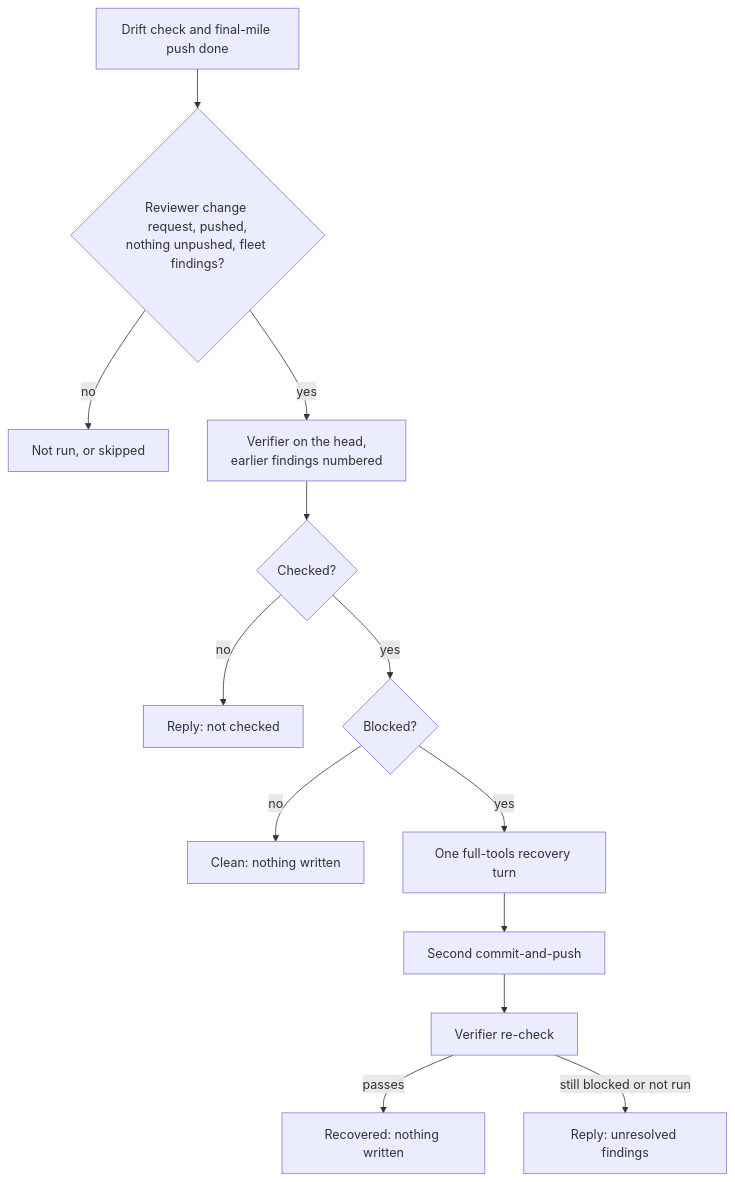
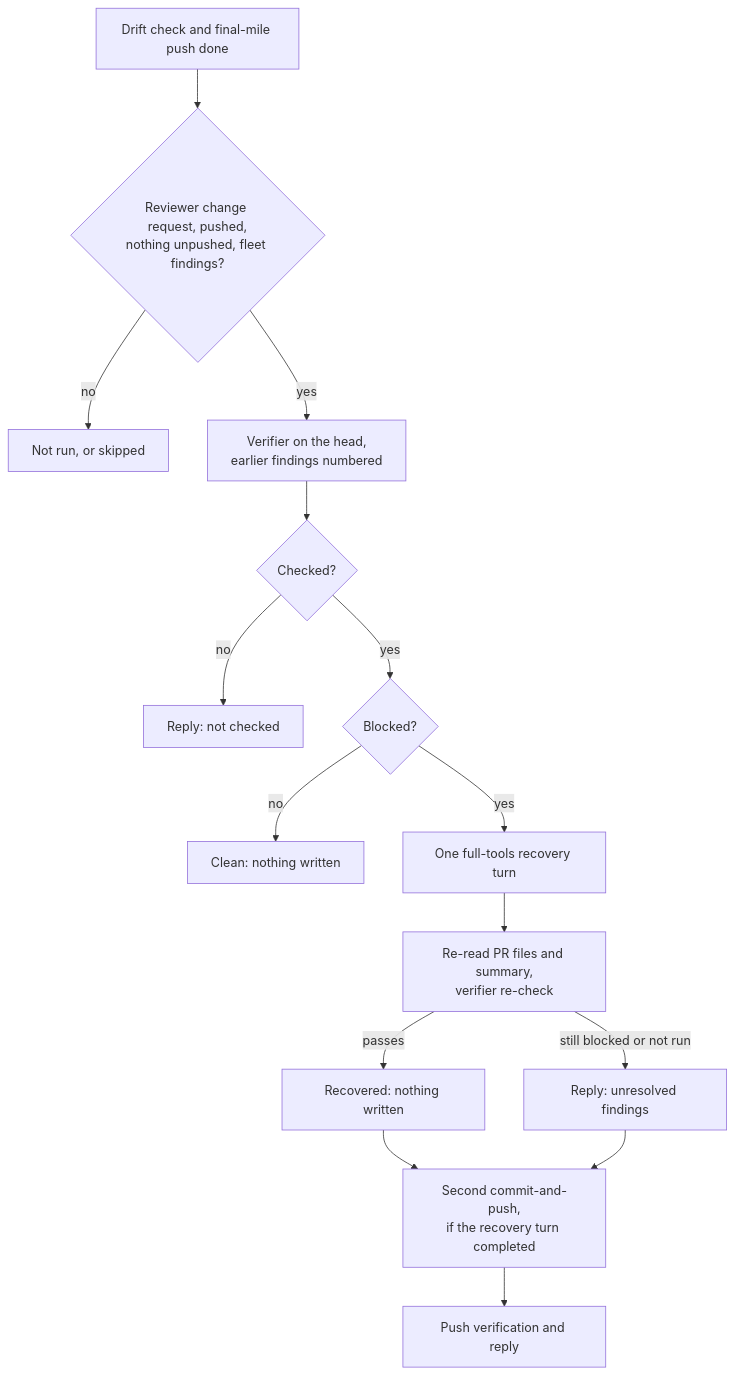
Before and after one commit to stSoftwareAU/VibeCoder: the sixth of 12 diagrams in docs/workflows/pr-feedback.md, drawn with Mermaid. The commit also changed other lines of this file and 6 other files, not shown here.

First line of the commit message:
Re-read the PR summary before the review-fix re-check; pin the wiring (Issue #3784)

````diff
--- a/docs/workflows/pr-feedback.md
+++ b/docs/workflows/pr-feedback.md
@@ -644,15 +649,17 @@
 ```mermaid
 flowchart TD
     A["Drift check and final-mile push done"] --> B{"Reviewer change request, pushed,<br/>nothing unpushed, fleet findings?"}
     B -- no --> Z["Not run, or skipped"]
     B -- yes --> C["Verifier on the head,<br/>earlier findings numbered"]
     C --> D{"Checked?"}
     D -- no --> N["Reply: not checked"]
     D -- yes --> E{"Blocked?"}
     E -- no --> K["Clean: nothing written"]
     E -- yes --> R["One full-tools recovery turn"]
-    R --> P["Second commit-and-push"]
-    P --> F["Verifier re-check"]
+    R --> F["Re-read PR files and summary,<br/>verifier re-check"]
     F -- "passes" --> Q["Recovered: nothing written"]
     F -- "still blocked or not run" --> S["Reply: unresolved findings"]
+    Q --> P["Second commit-and-push,<br/>if the recovery turn completed"]
+    S --> P
+    P --> V["Push verification and reply"]
 ```
````
